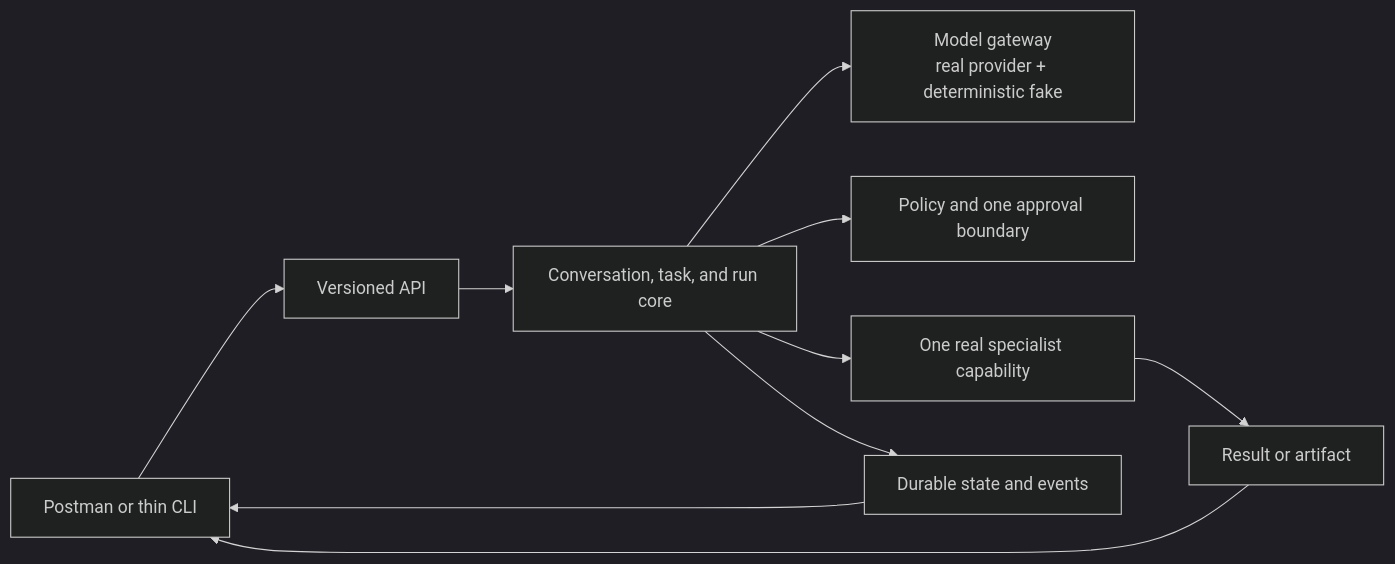
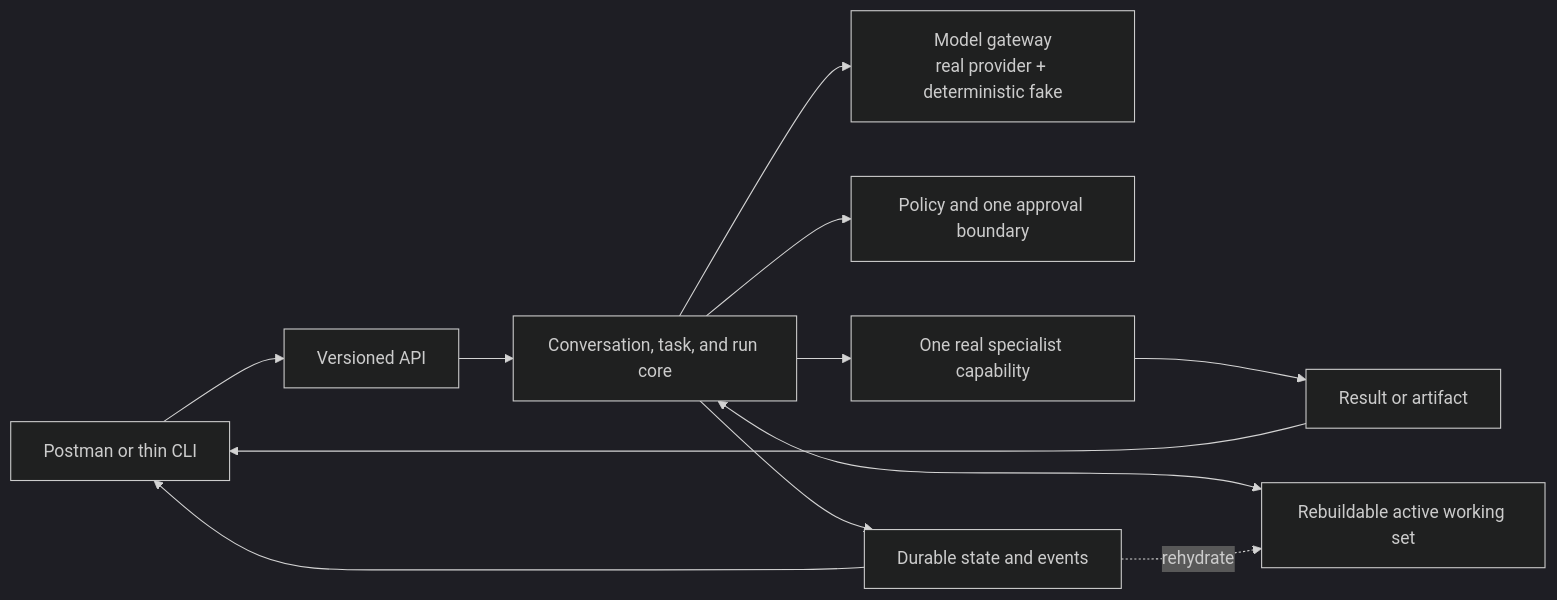
One commit to 4romgod/vera changed the diagram in docs/v1-definition.md. Above: the diagram before and after it, drawn with Mermaid (dark theme). The commit also changed other lines of this file and 19 other files, not shown here.

````diff
--- a/docs/v1-definition.md
+++ b/docs/v1-definition.md
@@ -29,12 +66,14 @@
 ```mermaid
 flowchart LR
     CLIENT["Postman or thin CLI"] --> API["Versioned API"]
     API --> CORE["Conversation, task, and run core"]
     CORE --> MODEL["Model gateway<br/>real provider + deterministic fake"]
     CORE --> POLICY["Policy and one approval boundary"]
     CORE --> CAP["One real specialist capability"]
     CORE --> STATE["Durable state and events"]
+    CORE <--> WORK["Rebuildable active working set"]
+    STATE -. "rehydrate" .-> WORK
     CAP --> ART["Result or artifact"]
     STATE --> CLIENT
     ART --> CLIENT
 ```
````
